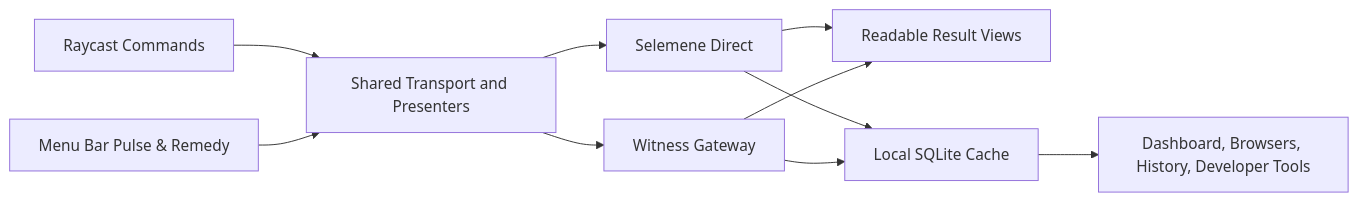
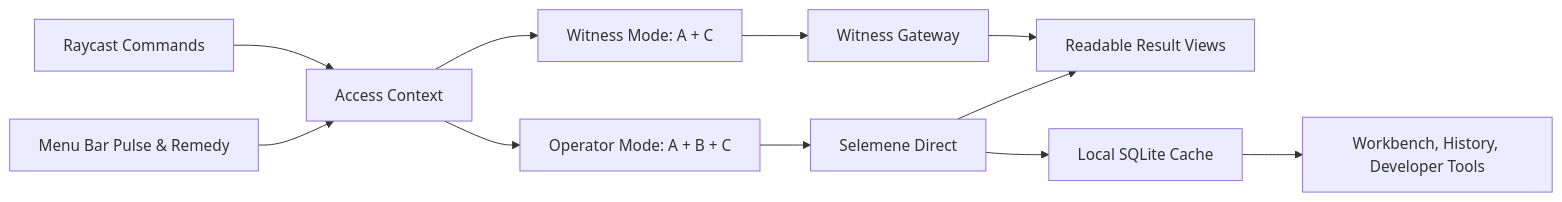
Before and after one commit to Sheshiyer/noesis: the diagram in README.md, drawn with Mermaid. The commit also changed other lines of this file and 52 other files, not shown here.

````diff
--- a/README.md
+++ b/README.md
@@ -53,12 +61,13 @@
 ```mermaid
 flowchart LR
-    A["Raycast Commands"] --> B["Shared Transport and Presenters"]
+    A["Raycast Commands"] --> B["Access Context"]
     M["Menu Bar Pulse & Remedy"] --> B
-    B --> C["Selemene Direct"]
-    B --> D["Witness Gateway"]
-    C --> E["Readable Result Views"]
-    D --> E
-    C --> F["Local SQLite Cache"]
-    D --> F
-    F --> G["Dashboard, Browsers, History, Developer Tools"]
+    B --> C["Witness Mode: A + C"]
+    B --> D["Operator Mode: A + B + C"]
+    C --> E["Witness Gateway"]
+    D --> F["Selemene Direct"]
+    E --> G["Readable Result Views"]
+    F --> G
+    F --> H["Local SQLite Cache"]
+    H --> I["Workbench, History, Developer Tools"]
 ```
````
